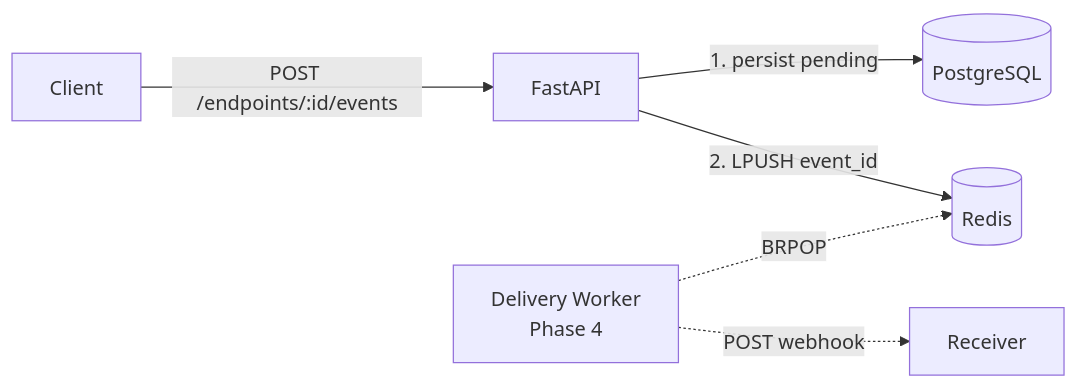
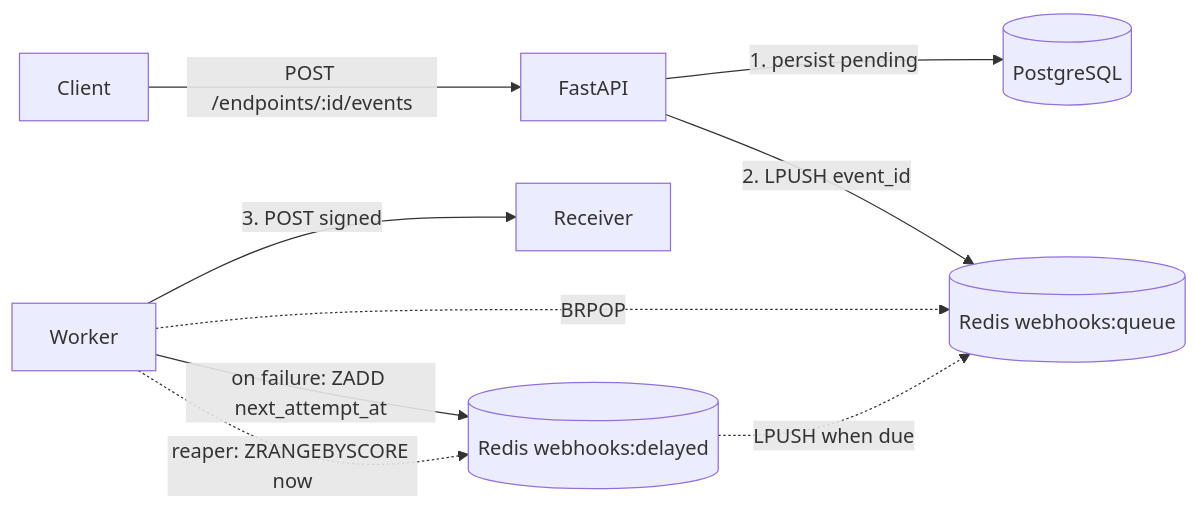
One commit to ManuelRuizJ/hook-relay changed the diagram in README.md. Above: the diagram before and after it, drawn with Mermaid. The commit also changed other lines of this file, not shown here.

First line of the commit message:
docs: mark phase 4 complete in roadmap and document the worker

````diff
--- a/README.md
+++ b/README.md
@@ -48,8 +26,11 @@
 ```mermaid
 flowchart LR
     Client[Client] -->|POST /endpoints/:id/events| API[FastAPI]
     API -->|1. persist pending| PG[(PostgreSQL)]
-    API -->|2. LPUSH event_id| R[(Redis)]
-    Worker[Delivery Worker<br/>Phase 4] -.->|BRPOP| R
-    Worker -.->|POST webhook| Receiver[Receiver]
+    API -->|2. LPUSH event_id| Q[(Redis webhooks:queue)]
+    Worker[Worker] -.->|BRPOP| Q
+    Worker -->|3. POST signed| Receiver[Receiver]
+    Worker -->|on failure: ZADD next_attempt_at| D[(Redis webhooks:delayed)]
+    Worker -.->|reaper: ZRANGEBYSCORE now| D
+    D -.->|LPUSH when due| Q
 ```
````
